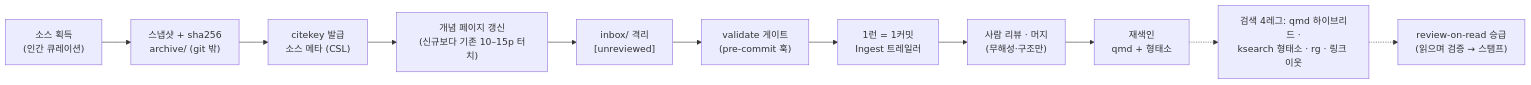
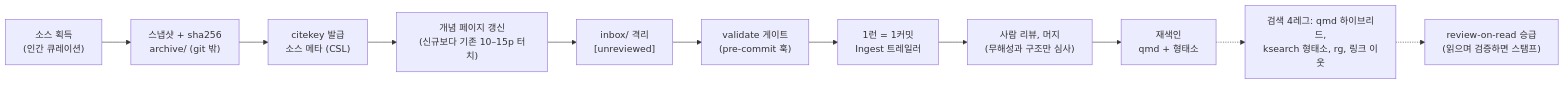
One commit to alteralab/syntopicon changed the second of 3 diagrams in README.md. Above: the diagram before and after it, drawn with Mermaid. The commit also changed other lines of this file, not shown here.

````diff
--- a/README.md
+++ b/README.md
@@ -40,14 +40,14 @@
 ```mermaid
 flowchart LR
     A["소스 획득<br/>(인간 큐레이션)"] --> B["스냅샷 + sha256<br/>archive/ (git 밖)"]
     B --> C["citekey 발급<br/>소스 메타 (CSL)"]
     C --> D["개념 페이지 갱신<br/>(신규보다 기존 10–15p 터치)"]
     D --> E["inbox/ 격리<br/>[unreviewed]"]
     E --> F["validate 게이트<br/>(pre-commit 훅)"]
     F --> G["1런 = 1커밋<br/>Ingest 트레일러"]
-    G --> H["사람 리뷰 · 머지<br/>(무해성·구조만)"]
+    G --> H["사람 리뷰, 머지<br/>(무해성과 구조만 심사)"]
     H --> I["재색인<br/>qmd + 형태소"]
 
-    I -.-> Q["검색 4레그: qmd 하이브리드 ·<br/>ksearch 형태소 · rg · 링크 이웃"]
-    Q -.-> R["review-on-read 승급<br/>(읽으며 검증 → 스탬프)"]
+    I -.-> Q["검색 4레그: qmd 하이브리드,<br/>ksearch 형태소, rg, 링크 이웃"]
+    Q -.-> R["review-on-read 승급<br/>(읽으며 검증하면 스탬프)"]
 ```
````
